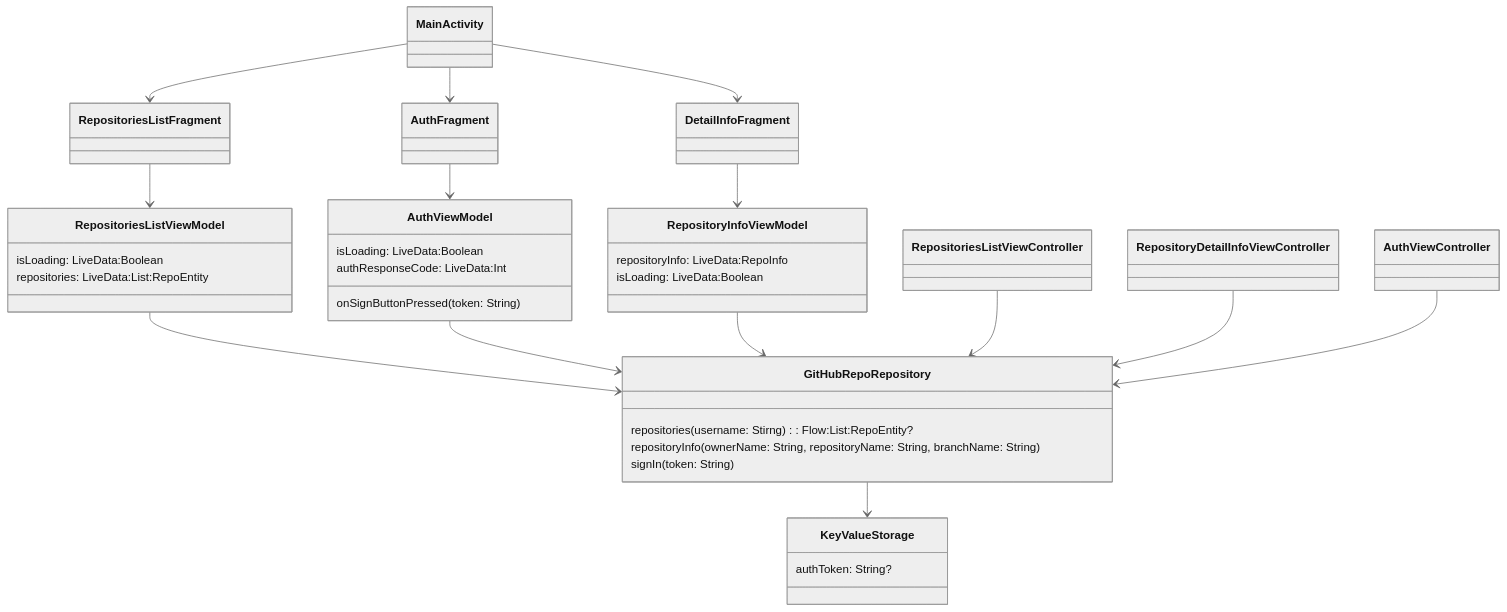
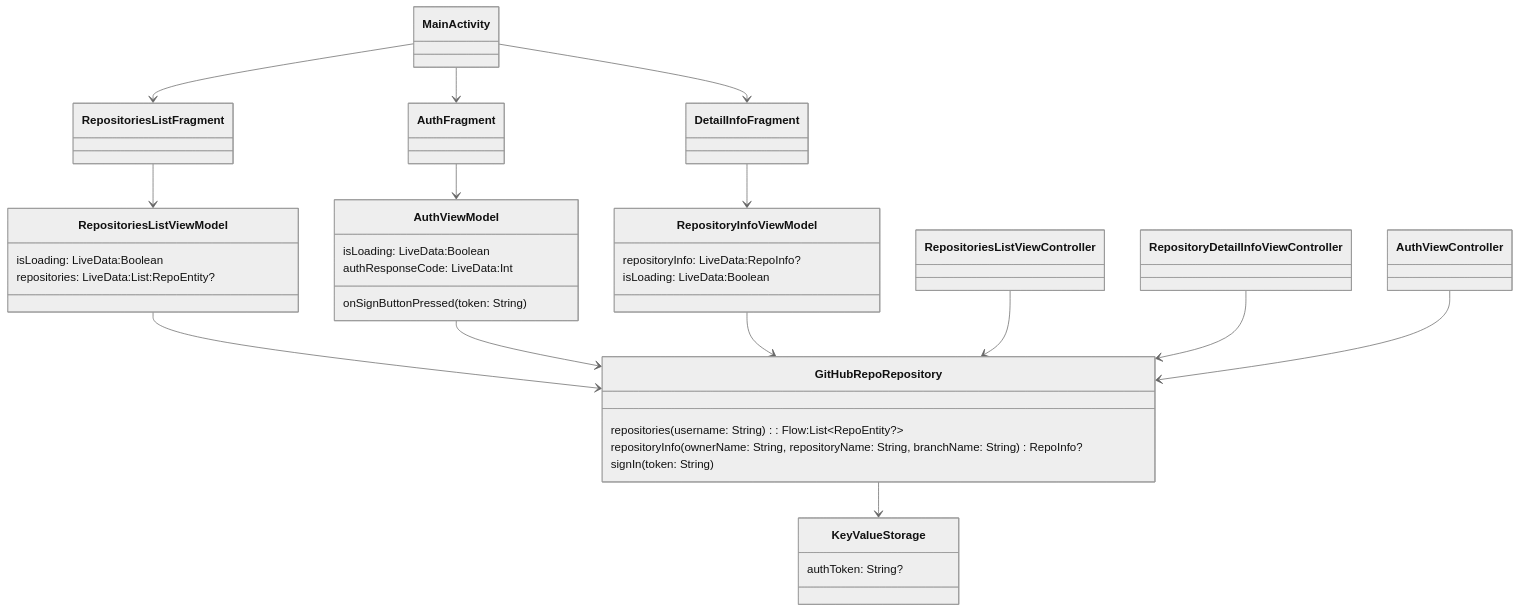
Before and after one commit to icerockdev/kmm.icerock.dev: the diagram in university/3-kotlin-multiplatform-mobile/practice.md, drawn with Mermaid (neutral theme). The commit also changed 3 other files, not shown here.

````diff
--- a/university/3-kotlin-multiplatform-mobile/practice.md
+++ b/university/3-kotlin-multiplatform-mobile/practice.md
@@ -31,56 +31,56 @@
 ```mermaid
 classDiagram
 
 class AuthViewModel:::android{
    isLoading: LiveData:Boolean
    authResponseCode: LiveData:Int
    onSignButtonPressed(token: String)
 }
    
 class RepositoryInfoViewModel:::android{
-   repositoryInfo: LiveData:RepoInfo
+   repositoryInfo: LiveData:RepoInfo?
    isLoading: LiveData:Boolean
 }
    
 class RepositoriesListViewModel:::android {
    isLoading: LiveData:Boolean
-   repositories: LiveData:List:RepoEntity
+   repositories: LiveData:List:RepoEntity?
 }
    
 class GitHubRepoRepository:::common {
-   repositories(username: Stirng): Flow:List:RepoEntity?
-   repositoryInfo(ownerName: String, repositoryName: String, branchName: String)
+   repositories(username: String): Flow:List~RepoEntity?~
+   repositoryInfo(ownerName: String, repositoryName: String, branchName: String) RepoInfo?
    signIn(token: String)
 }
 
 class KeyValueStorage:::common{
   authToken: String?
 }
 
 class MainActivity:::android
 class RepositoriesListFragment:::android
 class DetailInfoFragment:::android
 class AuthFragment:::android
 
 class RepositoriesListViewController:::ios
 class RepositoryDetailInfoViewController:::ios
 class AuthViewController:::ios
 
 MainActivity --> AuthFragment
 MainActivity --> RepositoriesListFragment
 MainActivity --> DetailInfoFragment
 
 RepositoriesListFragment --> RepositoriesListViewModel
 DetailInfoFragment --> RepositoryInfoViewModel
 AuthFragment --> AuthViewModel
    
 RepositoriesListViewModel --> GitHubRepoRepository
 AuthViewModel --> GitHubRepoRepository
 RepositoryInfoViewModel --> GitHubRepoRepository
        
 RepositoriesListViewController --> GitHubRepoRepository
 RepositoryDetailInfoViewController --> GitHubRepoRepository
 AuthViewController --> GitHubRepoRepository
 
 GitHubRepoRepository --> KeyValueStorage
 ```
````
